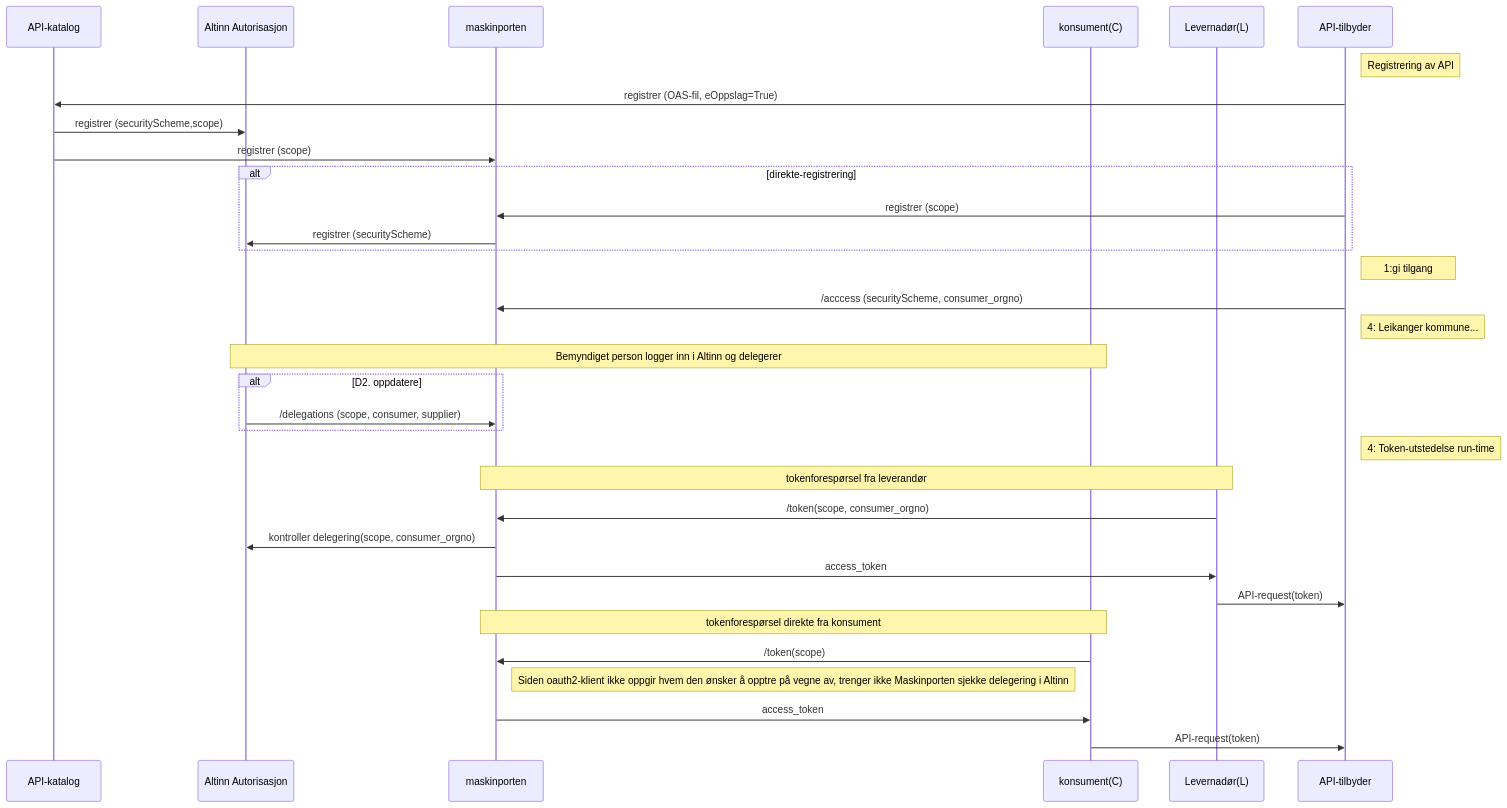
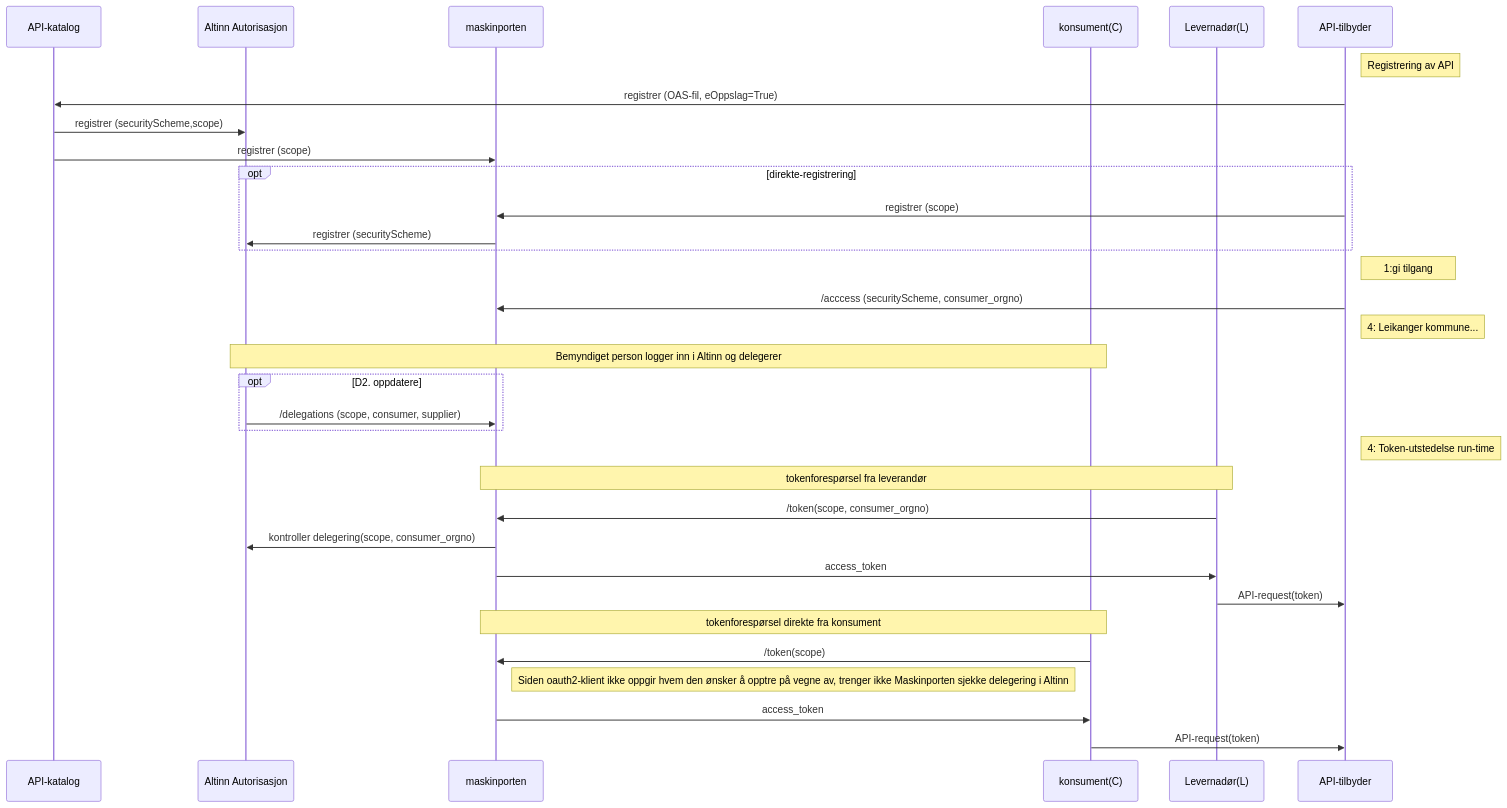
Before and after one commit to joergenb/oauth2-veileder: the diagram in pages/eoppslag/eoppslag_sbb_oauth2_scopes.md, drawn with Mermaid. The commit also changed other lines of this file, not shown here.

Commit message:
fix mermaid syntax ?

```diff
--- a/pages/eoppslag/eoppslag_sbb_oauth2_scopes.md
+++ b/pages/eoppslag/eoppslag_sbb_oauth2_scopes.md
@@ -13,44 +95,44 @@
 <div class="mermaid">
 sequenceDiagram
 
   participant AP as API-katalog
   participant AA as Altinn Autorisasjon
   participant MP AS maskinporten
   participant C AS konsument(C)
   participant L AS Levernadør(L)
   participant A as API-tilbyder
 
   note right of A: Registrering av API   
   A->>AP: registrer (OAS-fil, eOppslag=True)
   AP->>AA: registrer (securityScheme,scope)
   AP->>MP: registrer (scope)
 
-  alt direkte-registrering
+  opt direkte-registrering
    A->>MP: registrer (scope)
    MP->>AA: registrer (securityScheme)
   end
 
   note right of A: 1:gi tilgang
   A->>MP: /acccess (securityScheme, consumer_orgno)
 
   note right of A: 4: Leikanger kommune...
   note over AA,C: Bemyndiget person logger inn i Altinn og delegerer
-  alt D2. oppdatere
+  opt D2. oppdatere
   AA->>MP: /delegations (scope, consumer, supplier)
   end
 
   note right of A: 4: Token-utstedelse  run-time
 
   note over L,MP: tokenforespørsel fra leverandør
   L->>MP: /token(scope, consumer_orgno)
   MP->>AA: kontroller delegering(scope, consumer_orgno)
   MP->>L: access_token
   L->>A: API-request(token)
 
   note over C,MP: tokenforespørsel direkte fra konsument
   C->>MP: /token(scope)
   note right of MP: Siden oauth2-klient ikke oppgir hvem den ønsker å opptre på vegne av, trenger ikke Maskinporten sjekke delegering i Altinn
   MP->>C: access_token
   C->>A: API-request(token)
 
   </div>
```
